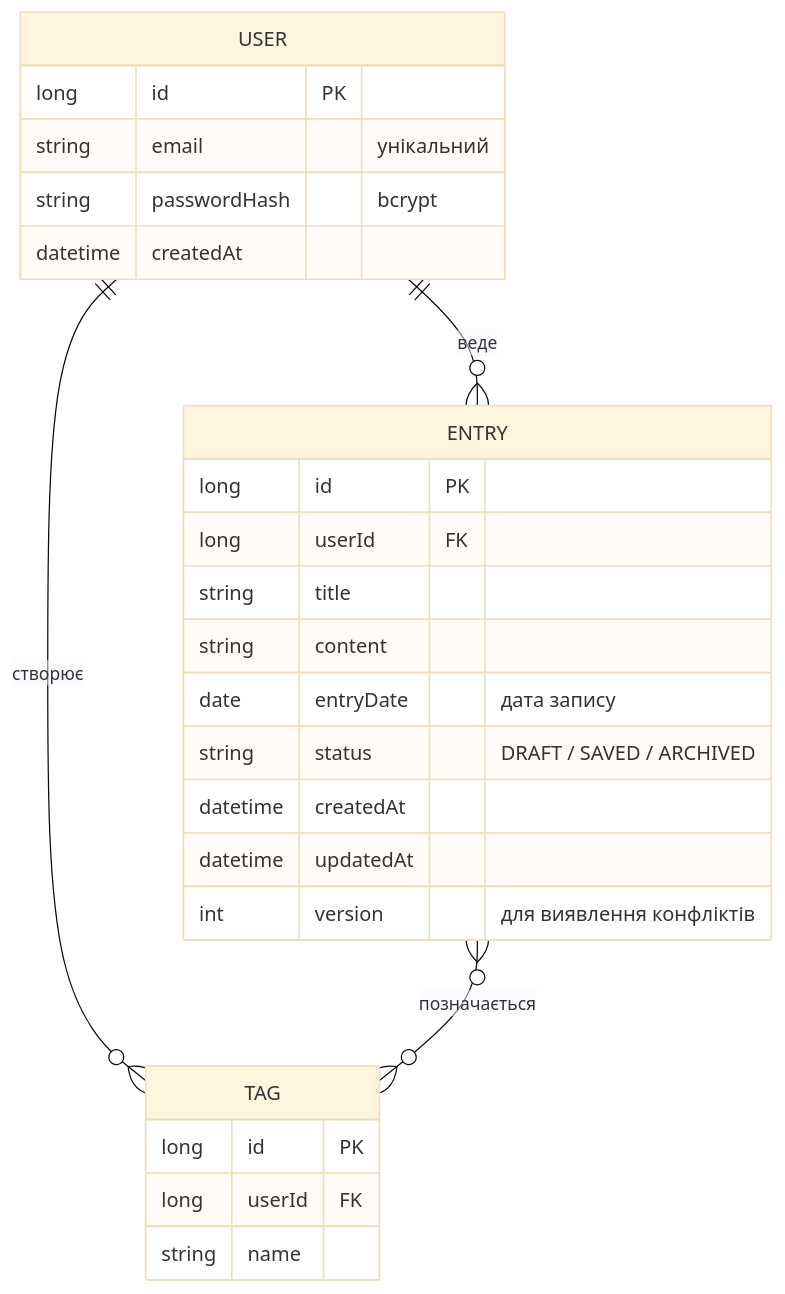
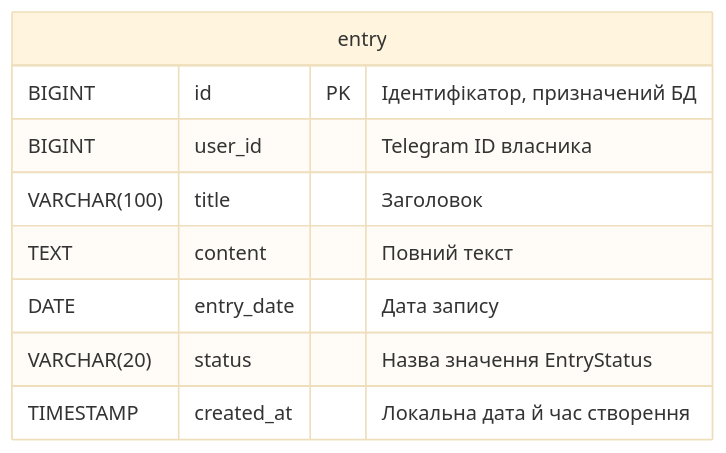
One commit to Tafegi/System-Keeping-Diary changed the first of 2 diagrams in SDD.md. Above: the diagram before and after it, drawn with Mermaid (base theme). The commit also changed other lines of this file, not shown here.

````diff
--- a/SDD.md
+++ b/SDD.md
@@ -80,28 +50,12 @@
 ```mermaid
 erDiagram
-    USER ||--o{ ENTRY : "веде"
-    USER ||--o{ TAG : "створює"
-    ENTRY }o--o{ TAG : "позначається"
-    USER {
-        long id PK
-        string email "унікальний"
-        string passwordHash "bcrypt"
-        datetime createdAt
-    }
-    ENTRY {
-        long id PK
-        long userId FK
-        string title
-        string content
-        date entryDate "дата запису"
-        string status "DRAFT / SAVED / ARCHIVED"
-        datetime createdAt
-        datetime updatedAt
-        int version "для виявлення конфліктів"
-    }
-    TAG {
-        long id PK
-        long userId FK
-        string name
+    entry {
+        BIGINT id PK "Ідентифікатор, призначений БД"
+        BIGINT user_id "Telegram ID власника"
+        VARCHAR(100) title "Заголовок"
+        TEXT content "Повний текст"
+        DATE entry_date "Дата запису"
+        VARCHAR(20) status "Назва значення EntryStatus"
+        TIMESTAMP created_at "Локальна дата й час створення"
     }
 ```
````
